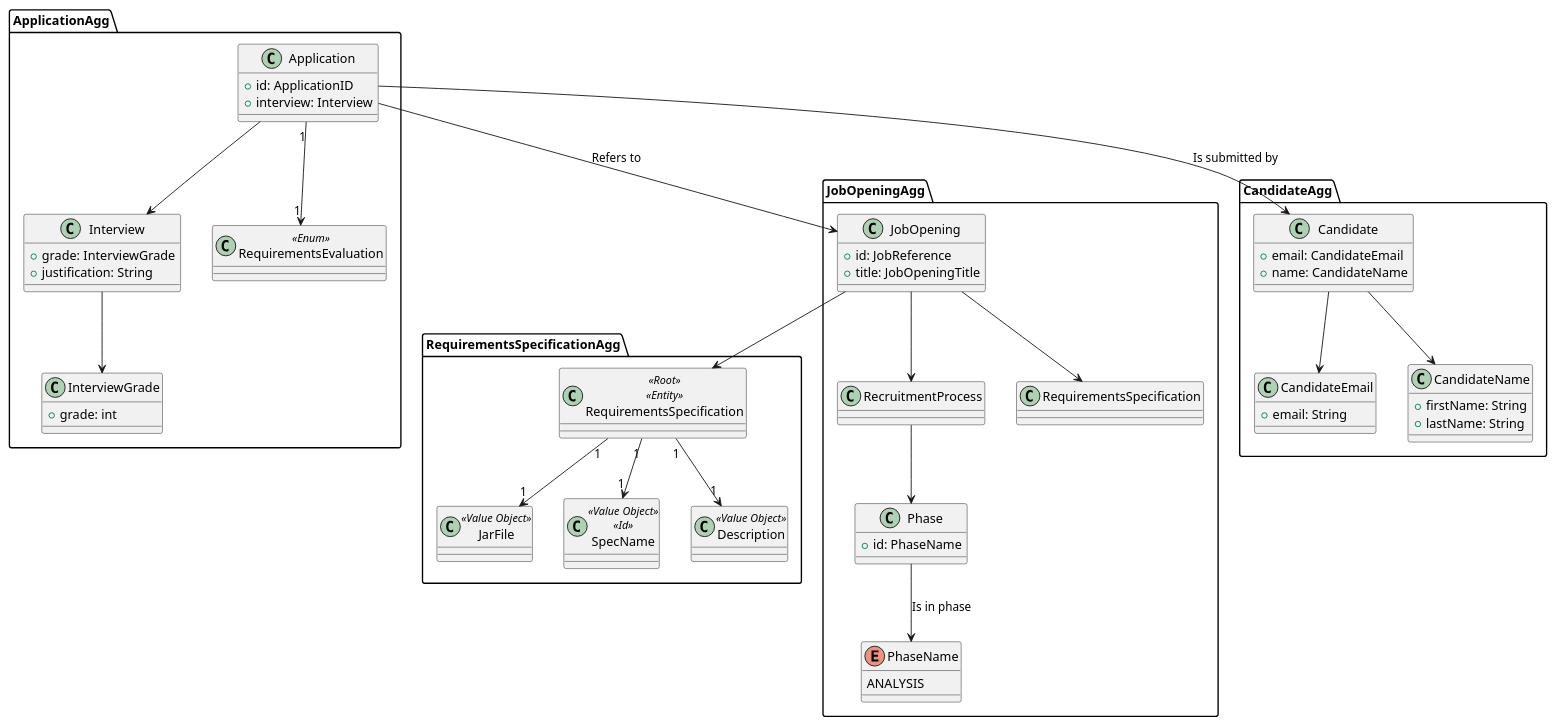
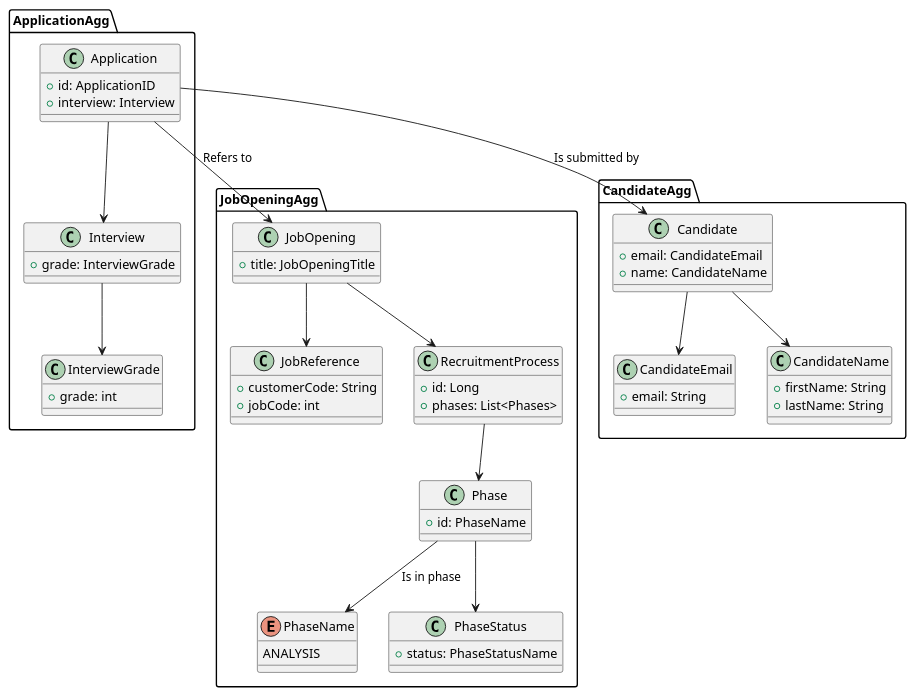
The diagram in docs/sprintC/US1019/02.analysis/puml/DM.puml (Mendoncaa/LAPR4), drawn with PlantUML before and after one commit. The commit also changed 7 other files, not shown here.

```diff
--- a/docs/sprintC/US1019/02.analysis/puml/DM.puml
+++ b/docs/sprintC/US1019/02.analysis/puml/DM.puml
@@ -1,86 +1,86 @@
 @startuml DomainModel
 package JobOpeningAgg {
 
     class JobOpening {
-        +id: JobReference
         +title: JobOpeningTitle
     }
 
     class Phase {
         +id: PhaseName
     }
 
+    class JobReference {
+        +customerCode: String
+        +jobCode: int
+    }
+
     enum PhaseName {
         ANALYSIS
     }
 
+    class PhaseStatus {
+        +status: PhaseStatusName
+    }
+
+    class RecruitmentProcess {
+        +id: Long
+        +phases: List<Phases>
+    }
+
+    JobOpening --> JobReference
     JobOpening --> RecruitmentProcess
     RecruitmentProcess --> Phase
     Phase --> PhaseName: "Is in phase"
+    Phase --> PhaseStatus
 
-    JobOpening --> RequirementsSpecification
+    
 }
 
 package ApplicationAgg {
     class Application {
         +id: ApplicationID
         +interview: Interview
     }
 
     class Interview {
         +grade: InterviewGrade
-        +justification: String
     }
 
 
     class InterviewGrade {
         +grade: int
     }
 
     Application --> Interview
     Application --> JobOpening : Refers to
     Interview --> InterviewGrade
 
-    class RequirementsEvaluation<<Enum>>
 
-    Application "1" --> "1" RequirementsEvaluation
 }
 
 
-package RequirementsSpecificationAgg {
-    class RequirementsSpecification<<Root>><<Entity>>
-    class JarFile<<Value Object>>
-    class SpecName<<Value Object>><<Id>>
-    class Description<<Value Object>>
-
-    RequirementsSpecification "1" --> "1" JarFile
-    RequirementsSpecification "1" --> "1" SpecName
-    RequirementsSpecification "1" --> "1" Description
-
-    JobOpening --> RequirementsSpecification
-}
 
 
 
 package CandidateAgg {
     class Candidate {
         +email: CandidateEmail
         +name: CandidateName
     }
 
     class CandidateEmail {
         +email: String
     }
 
     class CandidateName {
         +firstName: String
         +lastName: String
     }
 
     Application --> Candidate : Is submitted by
     Candidate --> CandidateEmail
     Candidate --> CandidateName
 }
 
 
 @enduml
```
